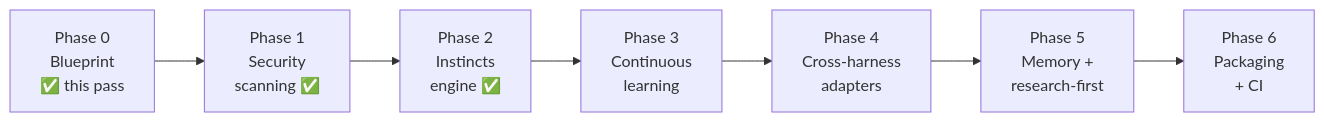
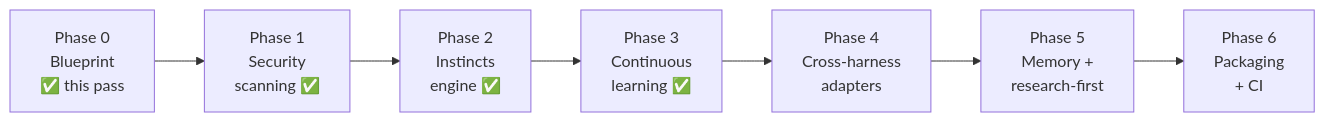
One commit to osxsystem/topology changed the diagram in docs/ROADMAP.md. Above: the diagram before and after it, drawn with Mermaid. The commit also changed other lines of this file, not shown here.

Commit message:
docs(roadmap): mark Phase 3 (continuous learning) delivered

````diff
--- a/docs/ROADMAP.md
+++ b/docs/ROADMAP.md
@@ -11,9 +12,9 @@
 ```mermaid
 flowchart LR
     P0["Phase 0<br/>Blueprint<br/>✅ this pass"] --> P1["Phase 1<br/>Security<br/>scanning ✅"]
     P1 --> P2["Phase 2<br/>Instincts<br/>engine ✅"]
-    P2 --> P3["Phase 3<br/>Continuous<br/>learning"]
+    P2 --> P3["Phase 3<br/>Continuous<br/>learning ✅"]
     P3 --> P4["Phase 4<br/>Cross-harness<br/>adapters"]
     P4 --> P5["Phase 5<br/>Memory +<br/>research-first"]
     P5 --> P6["Phase 6<br/>Packaging<br/>+ CI"]
 ```
````
